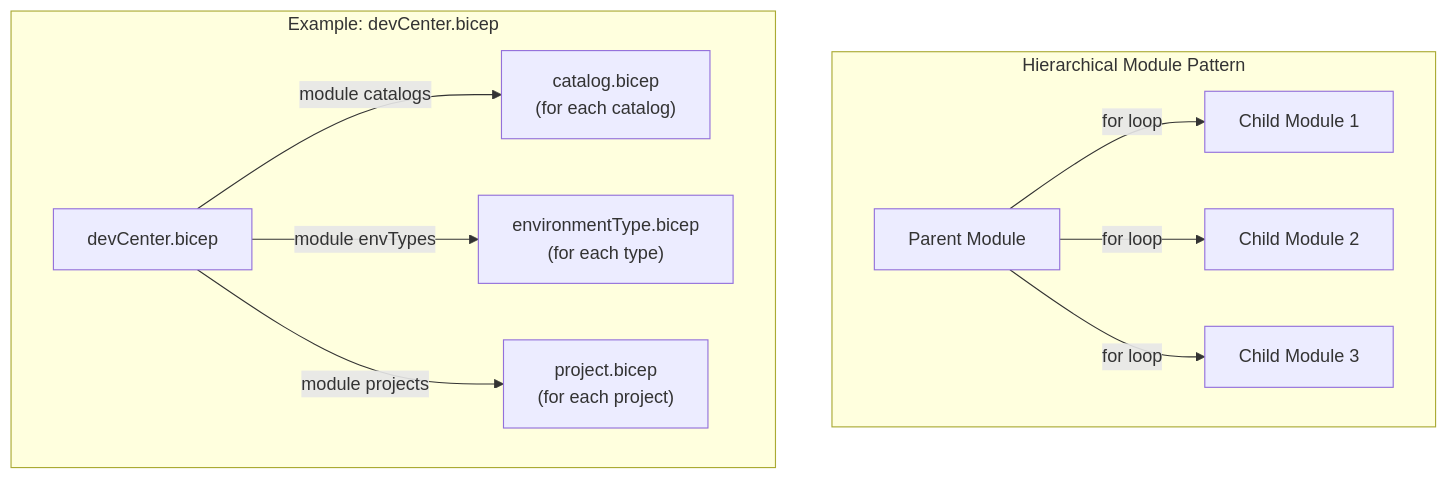
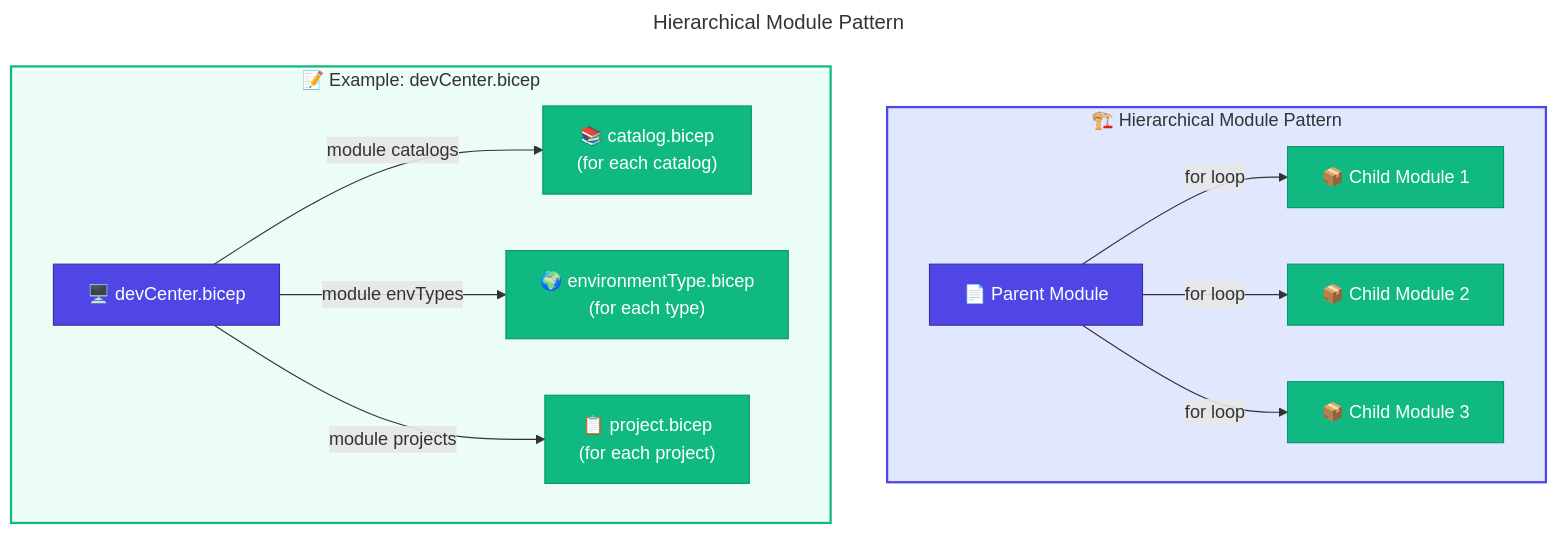
Before and after one commit to Evilazaro/DevExp-DevBox: the eighth of 8 diagrams in docs/architecture/03-application-architecture.md, drawn with Mermaid. The commit also changed other lines of this file, not shown here.

Commit message:
Enhance documentation for application architecture by adding titles, improving section titles, and incorporating emojis for better clarity and navigation.

````diff
--- a/docs/architecture/03-application-architecture.md
+++ b/docs/architecture/03-application-architecture.md
@@ -714,24 +802,39 @@
 ```mermaid
+---
+title: Hierarchical Module Pattern
+---
 flowchart TB
-    subgraph Pattern["Hierarchical Module Pattern"]
-        P["Parent Module"]
-        C1["Child Module 1"]
-        C2["Child Module 2"]
-        C3["Child Module 3"]
+    %% ===== PATTERN =====
+    subgraph Pattern["🏗️ Hierarchical Module Pattern"]
+        P["📄 Parent Module"]
+        C1["📦 Child Module 1"]
+        C2["📦 Child Module 2"]
+        C3["📦 Child Module 3"]
     end
     
-    P -->|"for loop"| C1
-    P -->|"for loop"| C2
-    P -->|"for loop"| C3
+    P -->|for loop| C1
+    P -->|for loop| C2
+    P -->|for loop| C3
     
-    subgraph Example["Example: devCenter.bicep"]
-        DC["devCenter.bicep"]
-        CAT["catalog.bicep\n(for each catalog)"]
-        ENV["environmentType.bicep\n(for each type)"]
-        PROJ["project.bicep\n(for each project)"]
+    %% ===== EXAMPLE =====
+    subgraph Example["📝 Example: devCenter.bicep"]
+        DC["🖥️ devCenter.bicep"]
+        CAT["📚 catalog.bicep<br/>(for each catalog)"]
+        ENV["🌍 environmentType.bicep<br/>(for each type)"]
+        PROJ["📋 project.bicep<br/>(for each project)"]
     end
     
-    DC -->|"module catalogs"| CAT
-    DC -->|"module envTypes"| ENV
-    DC -->|"module projects"| PROJ
+    DC -->|module catalogs| CAT
+    DC -->|module envTypes| ENV
+    DC -->|module projects| PROJ
+    
+    %% ===== STYLES =====
+    classDef primary fill:#4F46E5,stroke:#3730A3,color:#FFFFFF
+    classDef secondary fill:#10B981,stroke:#059669,color:#FFFFFF
+    
+    class P,DC primary
+    class C1,C2,C3,CAT,ENV,PROJ secondary
+    
+    style Pattern fill:#E0E7FF,stroke:#4F46E5,stroke-width:2px
+    style Example fill:#ECFDF5,stroke:#10B981,stroke-width:2px
 ```
````
